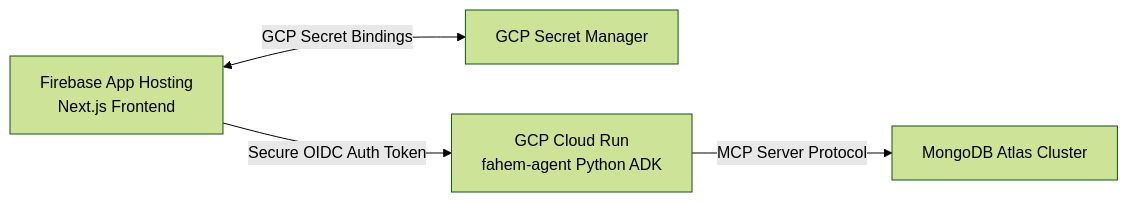
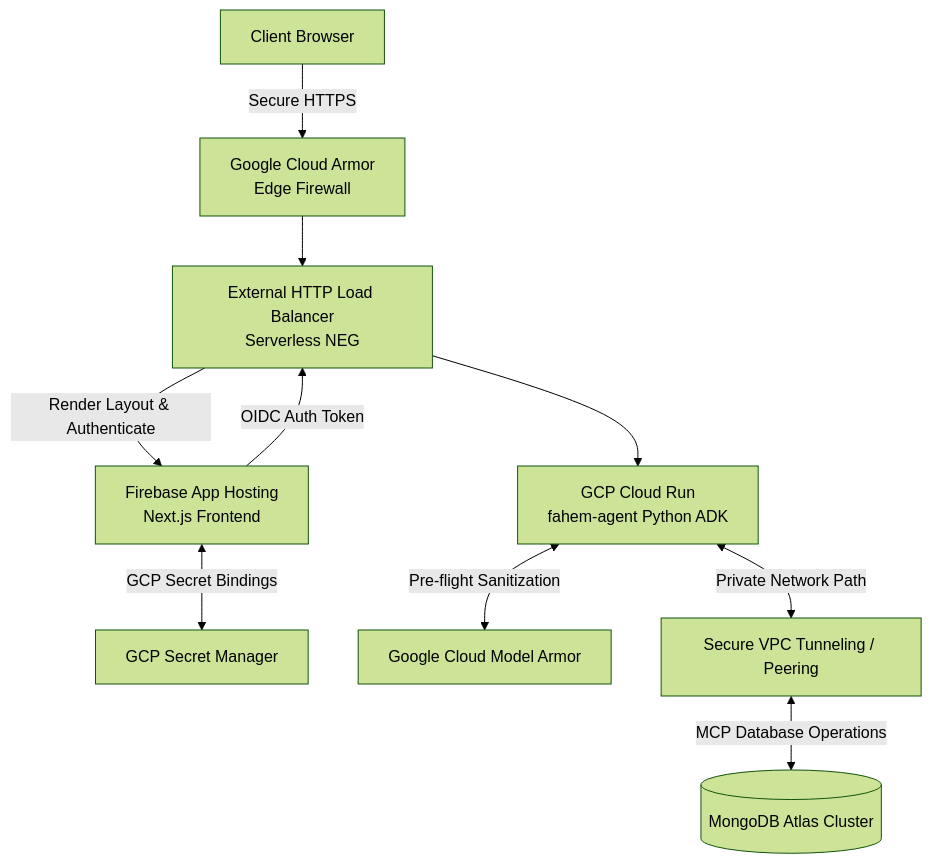
The first of 2 diagrams in readme.md (hesham88/fahem), drawn with Mermaid (forest theme) before and after one commit. The commit also changed other lines of this file, not shown here.

````diff
--- a/readme.md
+++ b/readme.md
@@ -19,11 +14,22 @@
 ```mermaid
-graph LR
-    NextJS[Firebase App Hosting<br>Next.js Frontend]
+graph TD
+    User[Client Browser]
+    NextJS[Firebase App Hosting<br/>Next.js Frontend]
     SecretMgr[GCP Secret Manager]
-    CloudRun[GCP Cloud Run<br>fahem-agent Python ADK]
-    MongoDB[MongoDB Atlas Cluster]
+    CloudArmor[Google Cloud Armor<br/>Edge Firewall]
+    LB[External HTTP Load Balancer<br/>Serverless NEG]
+    CloudRun[GCP Cloud Run<br/>fahem-agent Python ADK]
+    ModelArmor[Google Cloud Model Armor]
+    VPCTunnel[Secure VPC Tunneling / Peering]
+    MongoDBAtlas[(MongoDB Atlas Cluster)]
 
+    User -->|Secure HTTPS| CloudArmor
+    CloudArmor --> LB
+    LB -->|Render Layout & Authenticate| NextJS
     NextJS <-->|GCP Secret Bindings| SecretMgr
-    NextJS -->|Secure OIDC Auth Token| CloudRun
-    CloudRun -->|MCP Server Protocol| MongoDB
+    NextJS -->|OIDC Auth Token| LB
+    LB --> CloudRun
+    CloudRun <-->|Pre-flight Sanitization| ModelArmor
+    CloudRun <-->|Private Network Path| VPCTunnel
+    VPCTunnel <-->|MCP Database Operations| MongoDBAtlas
 ```
````
